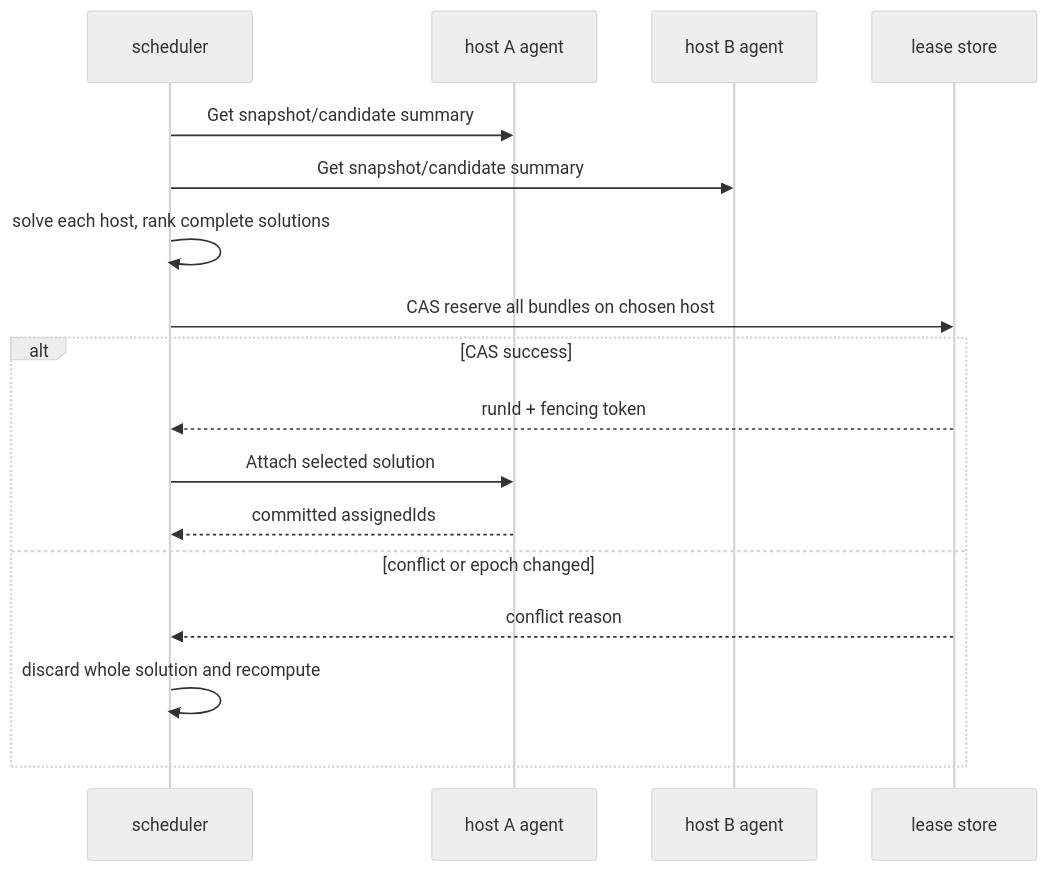
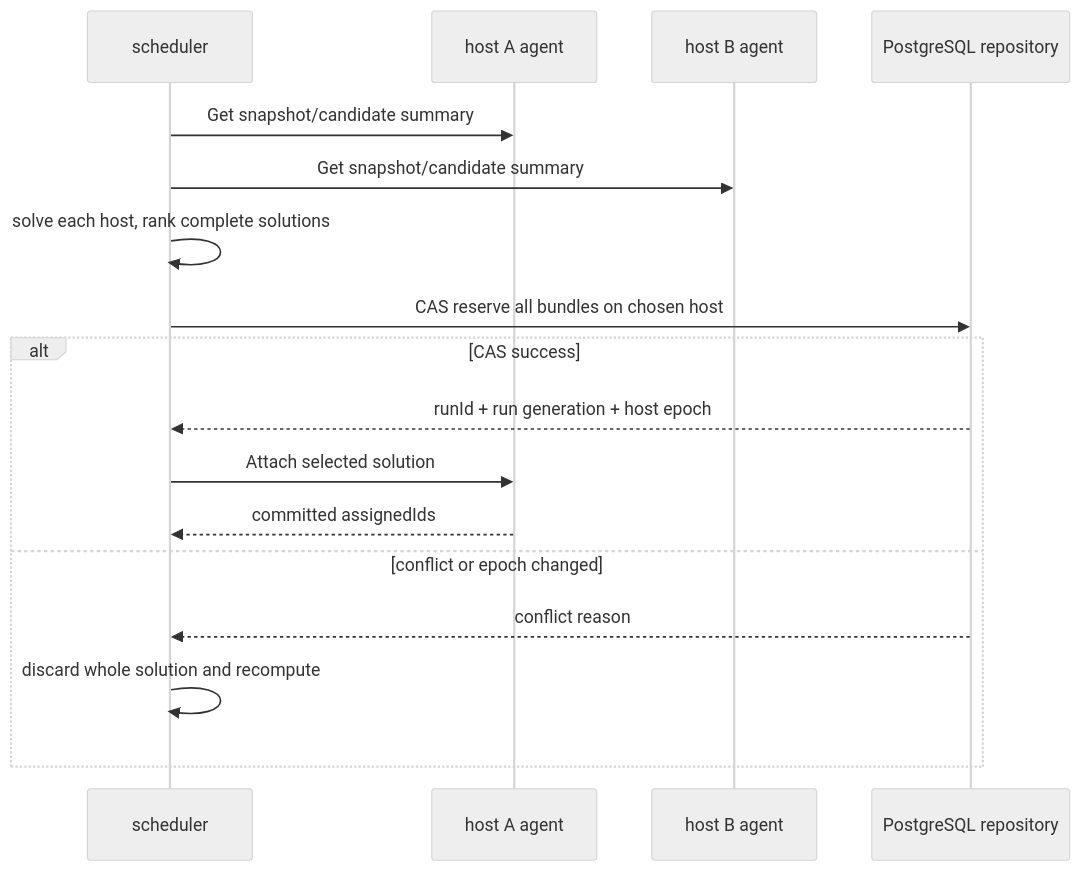
The tenth of 10 diagrams in qman-directpath-implementation-blueprint.md (JoJoJoinme/pci-mmio-notes), drawn with Mermaid (neutral theme) before and after one commit. The commit also changed other lines of this file and 48 other files, not shown here.

````diff
--- a/qman-directpath-implementation-blueprint.md
+++ b/qman-directpath-implementation-blueprint.md
@@ -1585,20 +1754,20 @@
 ```mermaid
 sequenceDiagram
     participant S as scheduler
     participant H1 as host A agent
     participant H2 as host B agent
-    participant L as lease store
+    participant L as PostgreSQL repository
 
     S->>H1: Get snapshot/candidate summary
     S->>H2: Get snapshot/candidate summary
     S->>S: solve each host, rank complete solutions
     S->>L: CAS reserve all bundles on chosen host
     alt CAS success
-        L-->>S: runId + fencing token
+        L-->>S: runId + run generation + host epoch
         S->>H1: Attach selected solution
         H1-->>S: committed assignedIds
     else conflict or epoch changed
         L-->>S: conflict reason
         S->>S: discard whole solution and recompute
     end
 ```
````
